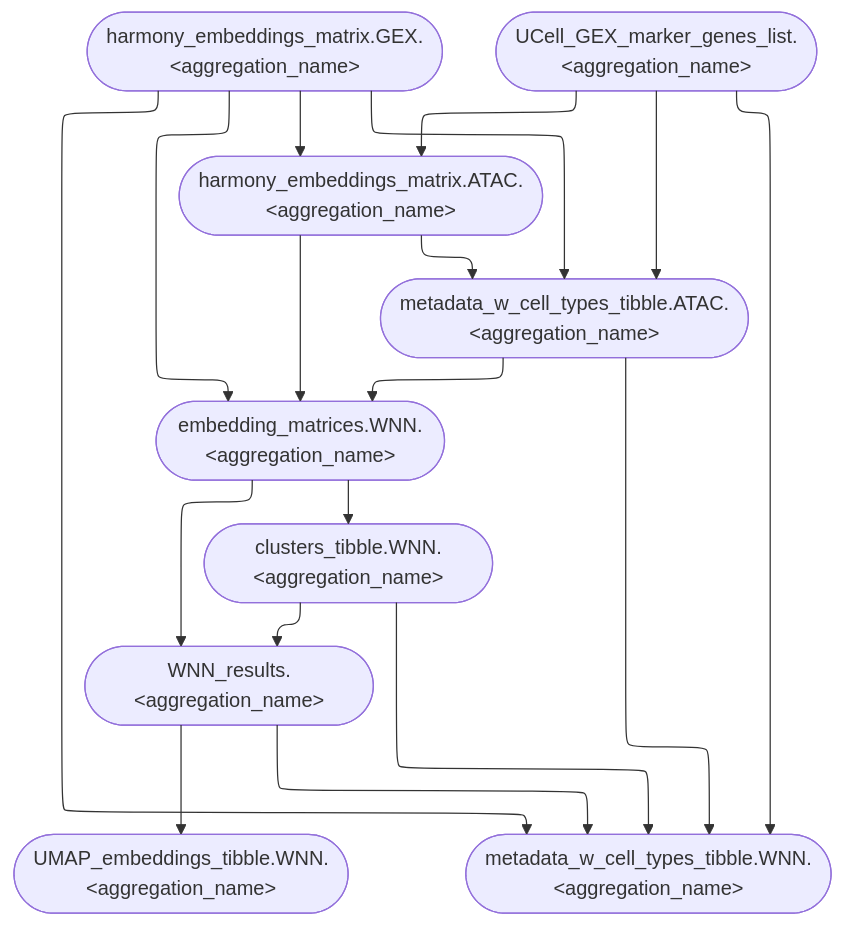
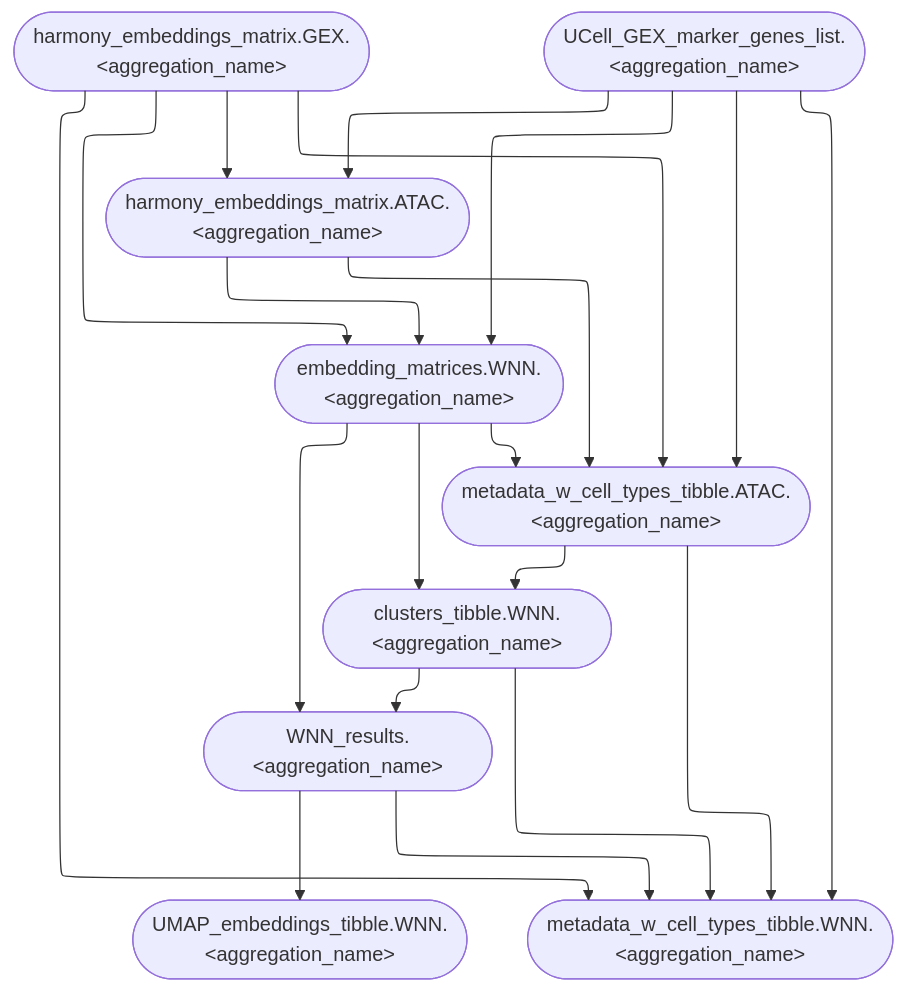
The diagram in website/figures/human_curated/WNN_v2.mmd (koefoeden/multiomeR), drawn with Mermaid before and after one commit. The commit also changed 4 other files, not shown here.

First line of the commit message:
Regenerate the graph views for the release's target changes

```diff
--- a/website/figures/human_curated/WNN_v2.mmd
+++ b/website/figures/human_curated/WNN_v2.mmd
@@ -1,19 +1,21 @@
 %%{init: {'flowchart': {'defaultRenderer': 'elk'}}}%%
 flowchart TB
+  harmony_embeddings_matrix.GEX.ENCODE_heart_LV_6x(["harmony_embeddings_matrix.GEX.&lt;aggregation_name&gt;"]):::none --> embedding_matrices.WNN.ENCODE_heart_LV_6x(["embedding_matrices.WNN.&lt;aggregation_name&gt;"]):::none
   harmony_embeddings_matrix.ATAC.ENCODE_heart_LV_6x(["harmony_embeddings_matrix.ATAC.&lt;aggregation_name&gt;"]):::none --> embedding_matrices.WNN.ENCODE_heart_LV_6x(["embedding_matrices.WNN.&lt;aggregation_name&gt;"]):::none
-  metadata_w_cell_types_tibble.ATAC.ENCODE_heart_LV_6x(["metadata_w_cell_types_tibble.ATAC.&lt;aggregation_name&gt;"]):::none --> embedding_matrices.WNN.ENCODE_heart_LV_6x(["embedding_matrices.WNN.&lt;aggregation_name&gt;"]):::none
-  harmony_embeddings_matrix.GEX.ENCODE_heart_LV_6x(["harmony_embeddings_matrix.GEX.&lt;aggregation_name&gt;"]):::none --> embedding_matrices.WNN.ENCODE_heart_LV_6x(["embedding_matrices.WNN.&lt;aggregation_name&gt;"]):::none
   WNN_results.ENCODE_heart_LV_6x(["WNN_results.&lt;aggregation_name&gt;"]):::none --> UMAP_embeddings_tibble.WNN.ENCODE_heart_LV_6x(["UMAP_embeddings_tibble.WNN.&lt;aggregation_name&gt;"]):::none
   embedding_matrices.WNN.ENCODE_heart_LV_6x(["embedding_matrices.WNN.&lt;aggregation_name&gt;"]):::none --> WNN_results.ENCODE_heart_LV_6x(["WNN_results.&lt;aggregation_name&gt;"]):::none
   clusters_tibble.WNN.ENCODE_heart_LV_6x(["clusters_tibble.WNN.&lt;aggregation_name&gt;"]):::none --> WNN_results.ENCODE_heart_LV_6x(["WNN_results.&lt;aggregation_name&gt;"]):::none
+  UCell_GEX_marker_genes_list.ENCODE_heart_LV_6x(["UCell_GEX_marker_genes_list.&lt;aggregation_name&gt;"]):::none --> embedding_matrices.WNN.ENCODE_heart_LV_6x(["embedding_matrices.WNN.&lt;aggregation_name&gt;"]):::none
+  UCell_GEX_marker_genes_list.ENCODE_heart_LV_6x(["UCell_GEX_marker_genes_list.&lt;aggregation_name&gt;"]):::none --> harmony_embeddings_matrix.ATAC.ENCODE_heart_LV_6x(["harmony_embeddings_matrix.ATAC.&lt;aggregation_name&gt;"]):::none
   harmony_embeddings_matrix.GEX.ENCODE_heart_LV_6x(["harmony_embeddings_matrix.GEX.&lt;aggregation_name&gt;"]):::none --> harmony_embeddings_matrix.ATAC.ENCODE_heart_LV_6x(["harmony_embeddings_matrix.ATAC.&lt;aggregation_name&gt;"]):::none
-  UCell_GEX_marker_genes_list.ENCODE_heart_LV_6x(["UCell_GEX_marker_genes_list.&lt;aggregation_name&gt;"]):::none --> harmony_embeddings_matrix.ATAC.ENCODE_heart_LV_6x(["harmony_embeddings_matrix.ATAC.&lt;aggregation_name&gt;"]):::none
+  UCell_GEX_marker_genes_list.ENCODE_heart_LV_6x(["UCell_GEX_marker_genes_list.&lt;aggregation_name&gt;"]):::none --> metadata_w_cell_types_tibble.ATAC.ENCODE_heart_LV_6x(["metadata_w_cell_types_tibble.ATAC.&lt;aggregation_name&gt;"]):::none
   harmony_embeddings_matrix.GEX.ENCODE_heart_LV_6x(["harmony_embeddings_matrix.GEX.&lt;aggregation_name&gt;"]):::none --> metadata_w_cell_types_tibble.ATAC.ENCODE_heart_LV_6x(["metadata_w_cell_types_tibble.ATAC.&lt;aggregation_name&gt;"]):::none
-  UCell_GEX_marker_genes_list.ENCODE_heart_LV_6x(["UCell_GEX_marker_genes_list.&lt;aggregation_name&gt;"]):::none --> metadata_w_cell_types_tibble.ATAC.ENCODE_heart_LV_6x(["metadata_w_cell_types_tibble.ATAC.&lt;aggregation_name&gt;"]):::none
+  embedding_matrices.WNN.ENCODE_heart_LV_6x(["embedding_matrices.WNN.&lt;aggregation_name&gt;"]):::none --> metadata_w_cell_types_tibble.ATAC.ENCODE_heart_LV_6x(["metadata_w_cell_types_tibble.ATAC.&lt;aggregation_name&gt;"]):::none
   harmony_embeddings_matrix.ATAC.ENCODE_heart_LV_6x(["harmony_embeddings_matrix.ATAC.&lt;aggregation_name&gt;"]):::none --> metadata_w_cell_types_tibble.ATAC.ENCODE_heart_LV_6x(["metadata_w_cell_types_tibble.ATAC.&lt;aggregation_name&gt;"]):::none
+  metadata_w_cell_types_tibble.ATAC.ENCODE_heart_LV_6x(["metadata_w_cell_types_tibble.ATAC.&lt;aggregation_name&gt;"]):::none --> metadata_w_cell_types_tibble.WNN.ENCODE_heart_LV_6x(["metadata_w_cell_types_tibble.WNN.&lt;aggregation_name&gt;"]):::none
+  WNN_results.ENCODE_heart_LV_6x(["WNN_results.&lt;aggregation_name&gt;"]):::none --> metadata_w_cell_types_tibble.WNN.ENCODE_heart_LV_6x(["metadata_w_cell_types_tibble.WNN.&lt;aggregation_name&gt;"]):::none
   clusters_tibble.WNN.ENCODE_heart_LV_6x(["clusters_tibble.WNN.&lt;aggregation_name&gt;"]):::none --> metadata_w_cell_types_tibble.WNN.ENCODE_heart_LV_6x(["metadata_w_cell_types_tibble.WNN.&lt;aggregation_name&gt;"]):::none
-  WNN_results.ENCODE_heart_LV_6x(["WNN_results.&lt;aggregation_name&gt;"]):::none --> metadata_w_cell_types_tibble.WNN.ENCODE_heart_LV_6x(["metadata_w_cell_types_tibble.WNN.&lt;aggregation_name&gt;"]):::none
-  metadata_w_cell_types_tibble.ATAC.ENCODE_heart_LV_6x(["metadata_w_cell_types_tibble.ATAC.&lt;aggregation_name&gt;"]):::none --> metadata_w_cell_types_tibble.WNN.ENCODE_heart_LV_6x(["metadata_w_cell_types_tibble.WNN.&lt;aggregation_name&gt;"]):::none
   UCell_GEX_marker_genes_list.ENCODE_heart_LV_6x(["UCell_GEX_marker_genes_list.&lt;aggregation_name&gt;"]):::none --> metadata_w_cell_types_tibble.WNN.ENCODE_heart_LV_6x(["metadata_w_cell_types_tibble.WNN.&lt;aggregation_name&gt;"]):::none
   harmony_embeddings_matrix.GEX.ENCODE_heart_LV_6x(["harmony_embeddings_matrix.GEX.&lt;aggregation_name&gt;"]):::none --> metadata_w_cell_types_tibble.WNN.ENCODE_heart_LV_6x(["metadata_w_cell_types_tibble.WNN.&lt;aggregation_name&gt;"]):::none
+  metadata_w_cell_types_tibble.ATAC.ENCODE_heart_LV_6x(["metadata_w_cell_types_tibble.ATAC.&lt;aggregation_name&gt;"]):::none --> clusters_tibble.WNN.ENCODE_heart_LV_6x(["clusters_tibble.WNN.&lt;aggregation_name&gt;"]):::none
   embedding_matrices.WNN.ENCODE_heart_LV_6x(["embedding_matrices.WNN.&lt;aggregation_name&gt;"]):::none --> clusters_tibble.WNN.ENCODE_heart_LV_6x(["clusters_tibble.WNN.&lt;aggregation_name&gt;"]):::none
```
